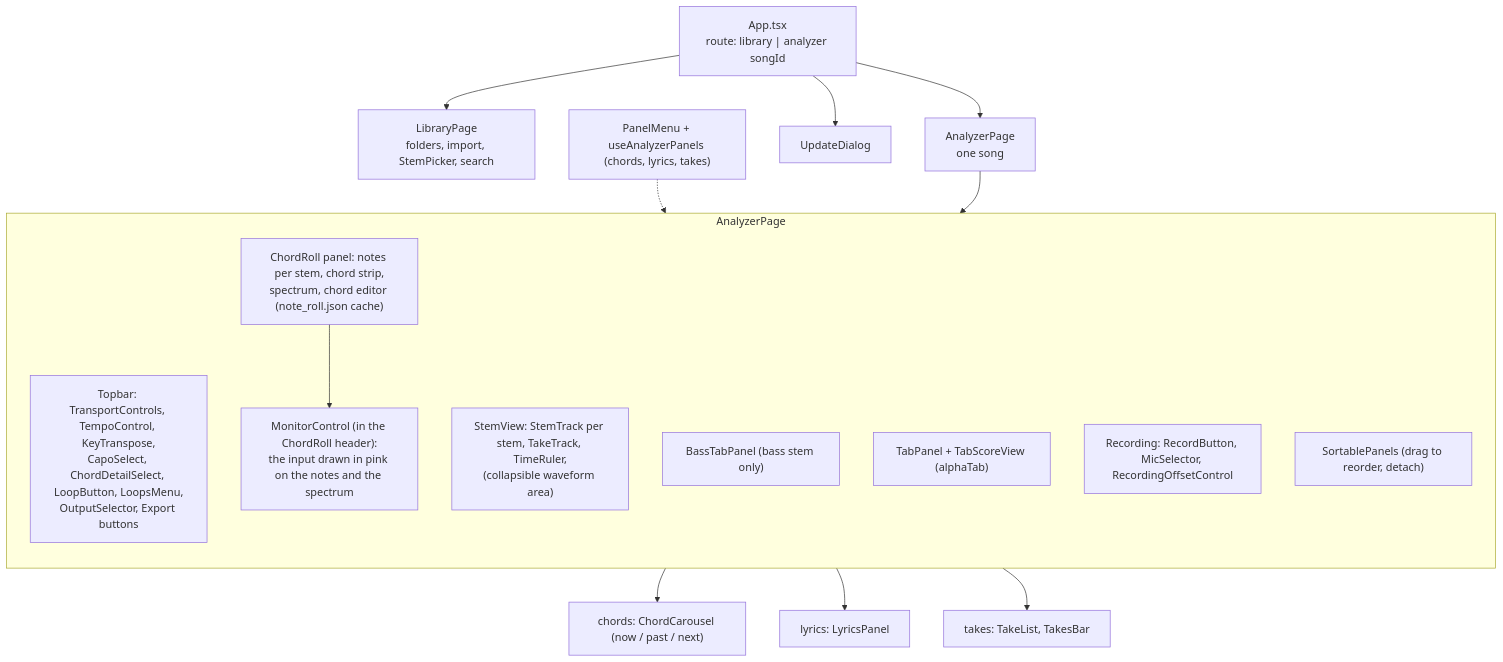
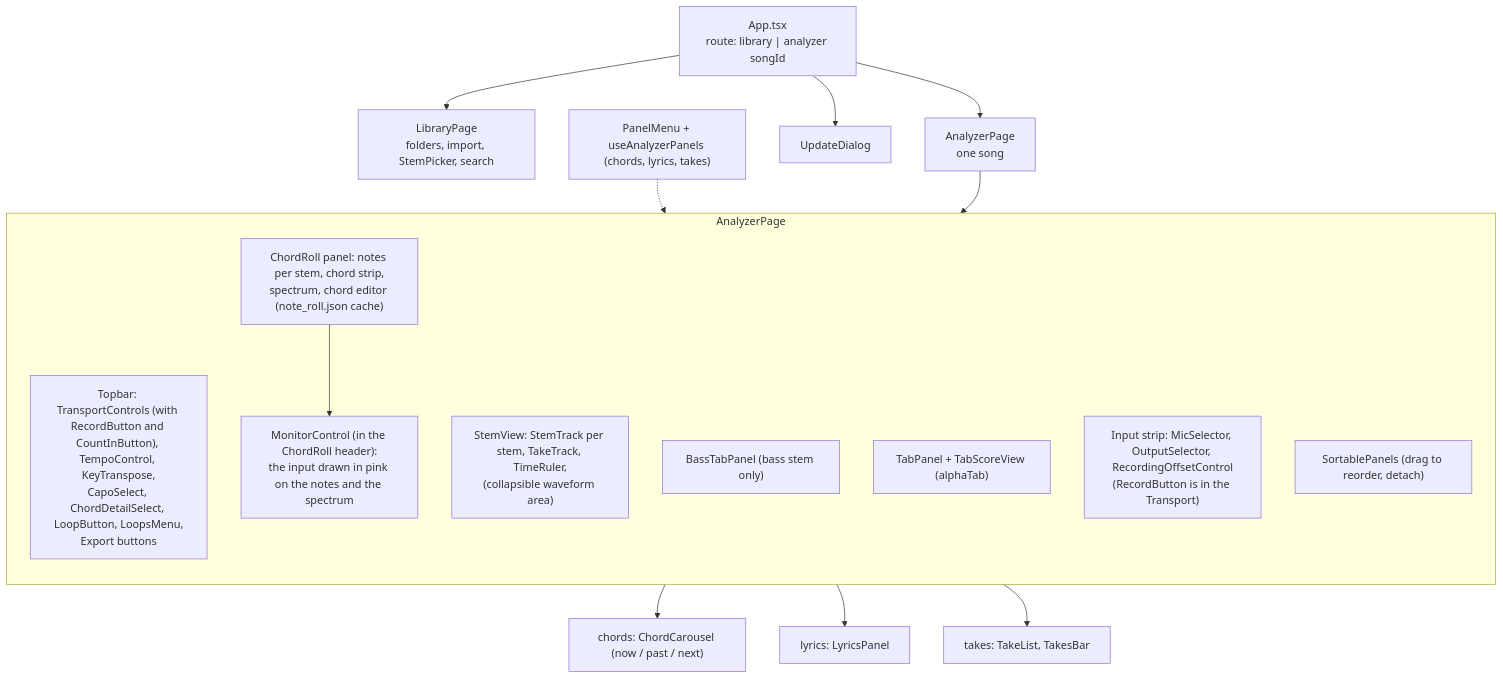
The second of 16 diagrams in wiki/uml.md (giamat90/SongPracticeStudio), drawn with Mermaid before and after one commit. The commit also changed 1 other file, not shown here.

Commit message:
docs: uml.md follows Record into the transport, input strip box

````diff
--- a/wiki/uml.md
+++ b/wiki/uml.md
@@ -69,26 +69,26 @@
 ```mermaid
 flowchart TB
     APP["App.tsx<br/>route: library | analyzer songId"]
     APP --> LP["LibraryPage<br/>folders, import, StemPicker, search"]
     APP --> AP["AnalyzerPage<br/>one song"]
     APP --> UD["UpdateDialog"]
 
     subgraph ap["AnalyzerPage"]
         direction TB
-        TOP["Topbar: TransportControls, TempoControl, KeyTranspose,<br/>CapoSelect, ChordDetailSelect, LoopButton, LoopsMenu,<br/>OutputSelector, Export buttons"]
+        TOP["Topbar: TransportControls (with RecordButton and CountInButton), TempoControl, KeyTranspose,<br/>CapoSelect, ChordDetailSelect, LoopButton, LoopsMenu,<br/>Export buttons"]
         SV["StemView: StemTrack per stem, TakeTrack, TimeRuler,<br/>(collapsible waveform area)"]
         CR["ChordRoll panel: notes per stem, chord strip,<br/>spectrum, chord editor (note_roll.json cache)"]
         MON["MonitorControl (in the ChordRoll header):<br/>the input drawn in pink on the notes and the spectrum"]
         BT["BassTabPanel (bass stem only)"]
         TB["TabPanel + TabScoreView (alphaTab)"]
-        REC["Recording: RecordButton, MicSelector, RecordingOffsetControl"]
+        REC["Input strip: MicSelector, OutputSelector, RecordingOffsetControl<br/>(RecordButton is in the Transport)"]
         SP["SortablePanels (drag to reorder, detach)"]
     end
     AP --> ap
     CR --> MON
     SP --> P1["chords: ChordCarousel (now / past / next)"]
     SP --> P2["lyrics: LyricsPanel"]
     SP --> P3["takes: TakeList, TakesBar"]
     PM["PanelMenu + useAnalyzerPanels (chords, lyrics, takes)"]
     PM -.-> SP
 ```
````
